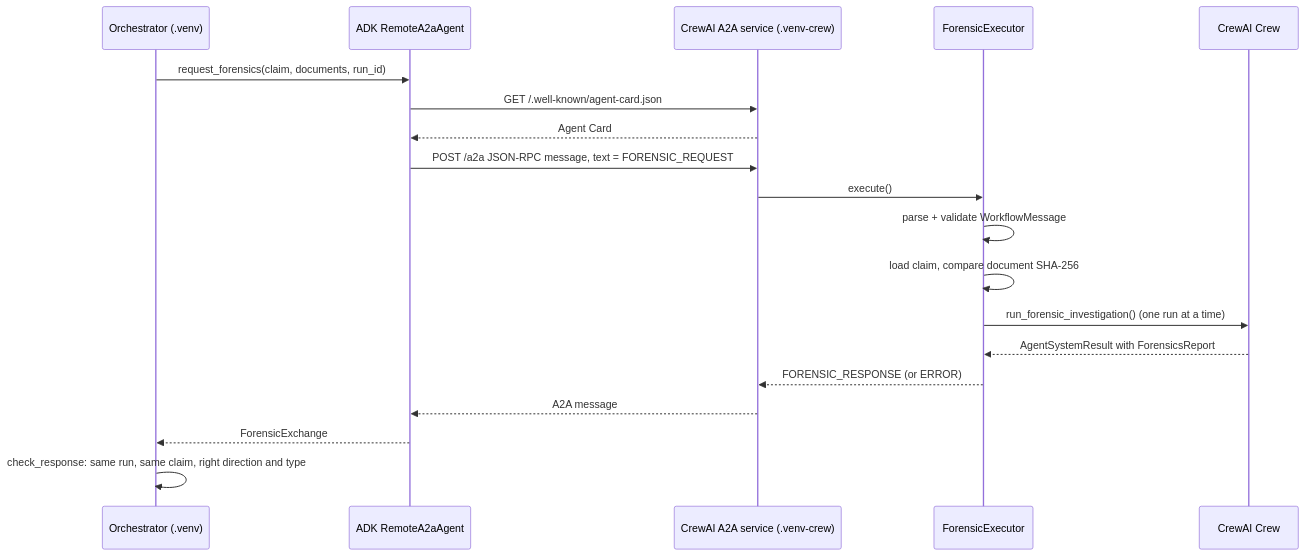
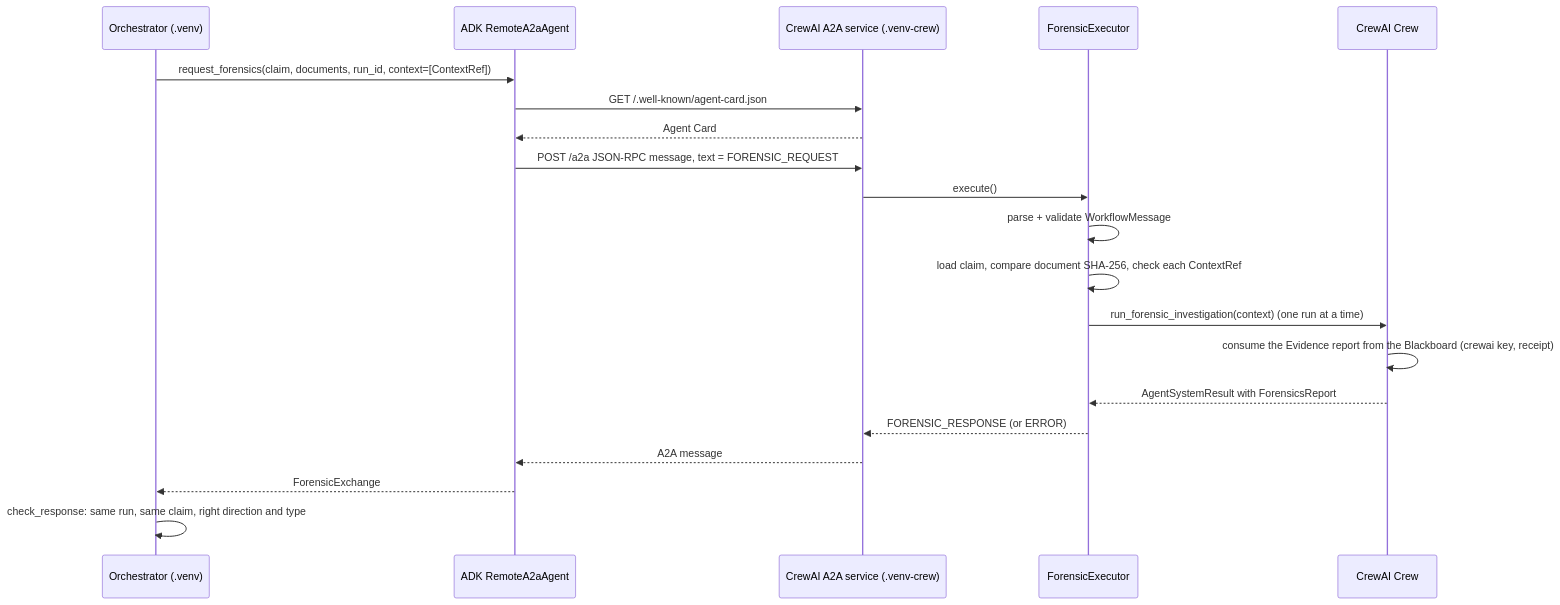
Before and after one commit to astitvasaxena/ClaimSleuth_simple: the fourth of 8 diagrams in docs/ARCHITECTURE_GUIDE.md, drawn with Mermaid. The commit also changed other lines of this file and 117 other files, not shown here.

````diff
--- a/docs/ARCHITECTURE_GUIDE.md
+++ b/docs/ARCHITECTURE_GUIDE.md
@@ -477,21 +733,22 @@
 ```mermaid
 sequenceDiagram
     participant O as Orchestrator (.venv)
     participant R as ADK RemoteA2aAgent
     participant S as CrewAI A2A service (.venv-crew)
     participant X as ForensicExecutor
     participant K as CrewAI Crew
-    O->>R: request_forensics(claim, documents, run_id)
+    O->>R: request_forensics(claim, documents, run_id, context=[ContextRef])
     R->>S: GET /.well-known/agent-card.json
     S-->>R: Agent Card
     R->>S: POST /a2a JSON-RPC message, text = FORENSIC_REQUEST
     S->>X: execute()
     X->>X: parse + validate WorkflowMessage
-    X->>X: load claim, compare document SHA-256
-    X->>K: run_forensic_investigation() (one run at a time)
+    X->>X: load claim, compare document SHA-256, check each ContextRef
+    X->>K: run_forensic_investigation(context) (one run at a time)
+    K->>K: consume the Evidence report from the Blackboard (crewai key, receipt)
     K-->>X: AgentSystemResult with ForensicsReport
     X-->>S: FORENSIC_RESPONSE (or ERROR)
     S-->>R: A2A message
     R-->>O: ForensicExchange
     O->>O: check_response: same run, same claim, right direction and type
 ```
````
